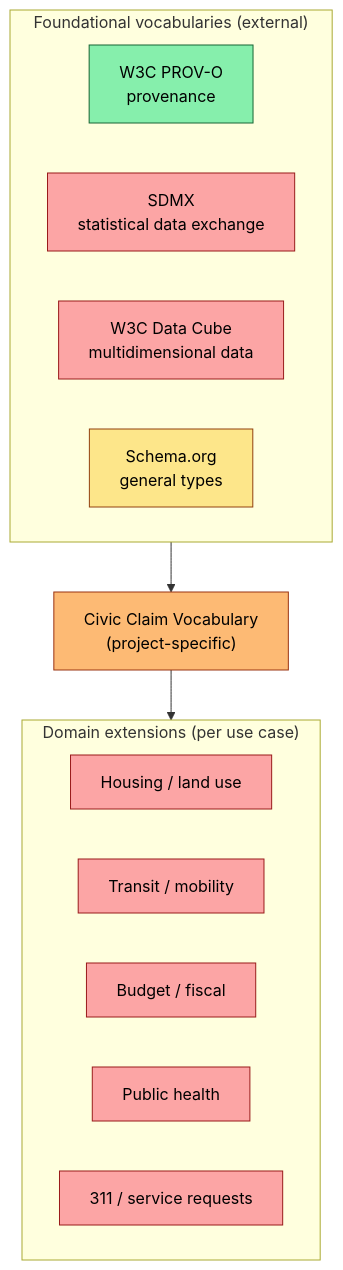
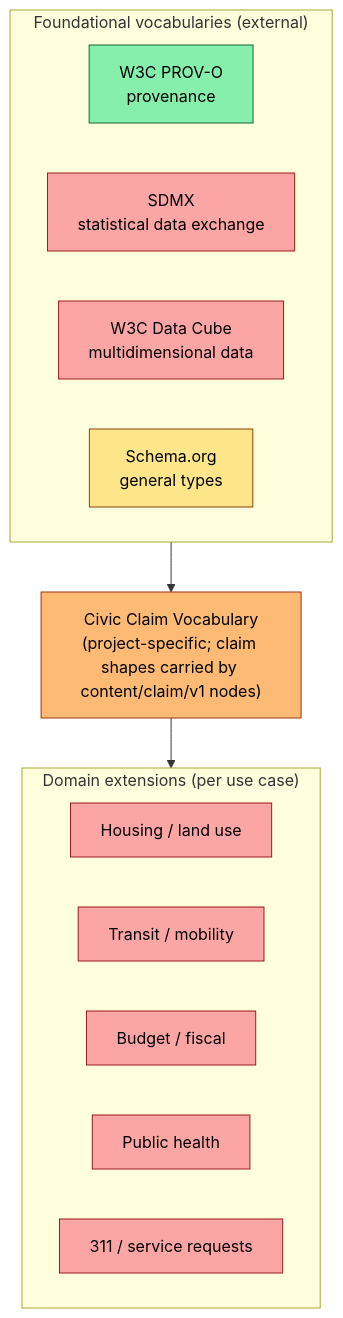
Before and after one commit to npstorey/civic-ai-tools: the fifth of 8 diagrams in docs/architecture/end-state-vision.md, drawn with Mermaid. The commit also changed other lines of this file, not shown here.

````diff
--- a/docs/architecture/end-state-vision.md
+++ b/docs/architecture/end-state-vision.md
@@ -226,27 +263,27 @@
 ```mermaid
 flowchart TB
-    CCV["Civic Claim Vocabulary<br/>(project-specific)"]:::designed
+    CCV["Civic Claim Vocabulary<br/>(project-specific; claim shapes carried by content/claim/v1 nodes)"]:::designed
 
     subgraph Foundational["Foundational vocabularies (external)"]
         PROV["W3C PROV-O<br/>provenance"]:::built
         SDMX["SDMX<br/>statistical data exchange"]:::speculative
         DataCube["W3C Data Cube<br/>multidimensional data"]:::speculative
         Schema["Schema.org<br/>general types"]:::partial
     end
 
     subgraph Domain["Domain extensions (per use case)"]
         Housing["Housing / land use"]:::speculative
         Transit["Transit / mobility"]:::speculative
         Budget["Budget / fiscal"]:::speculative
         Health["Public health"]:::speculative
         Service["311 / service requests"]:::speculative
     end
 
     Foundational --> CCV
     CCV --> Domain
 
     classDef built fill:#86efac,stroke:#166534,color:#000
     classDef partial fill:#fde68a,stroke:#92400e,color:#000
     classDef designed fill:#fdba74,stroke:#9a3412,color:#000
     classDef speculative fill:#fca5a5,stroke:#991b1b,color:#000
 ```
````
